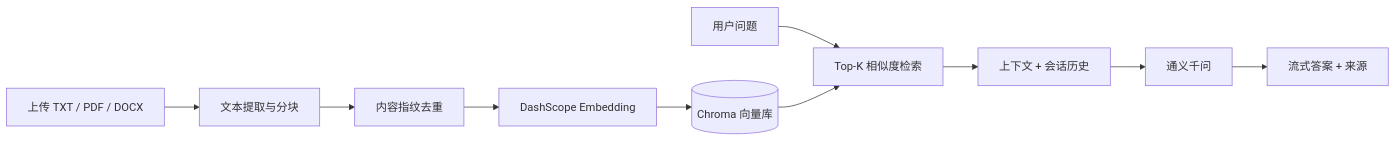
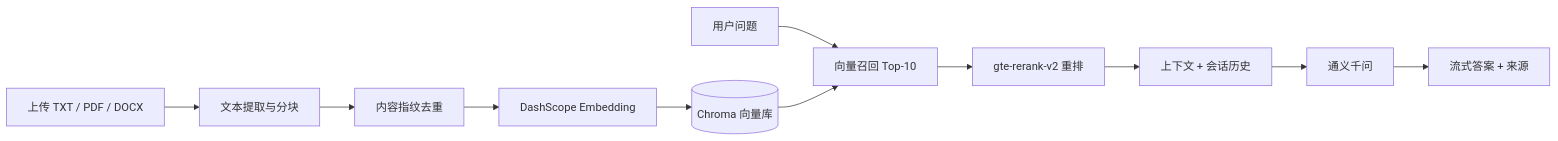
One commit to DL-DET/industrial-rag-assistant changed the diagram in README.md. Above: the diagram before and after it, drawn with Mermaid. The commit also changed other lines of this file and 24 other files, not shown here.

````diff
--- a/README.md
+++ b/README.md
@@ -60,12 +132,13 @@
 ```mermaid
 flowchart LR
     A[上传 TXT / PDF / DOCX] --> B[文本提取与分块]
     B --> C[内容指纹去重]
     C --> D[DashScope Embedding]
     D --> E[(Chroma 向量库)]
-    F[用户问题] --> G[Top-K 相似度检索]
+    F[用户问题] --> G[向量召回 Top-10]
     E --> G
-    G --> H[上下文 + 会话历史]
+    G --> R[gte-rerank-v2 重排]
+    R --> H[上下文 + 会话历史]
     H --> I[通义千问]
     I --> J[流式答案 + 来源]
 ```
````
